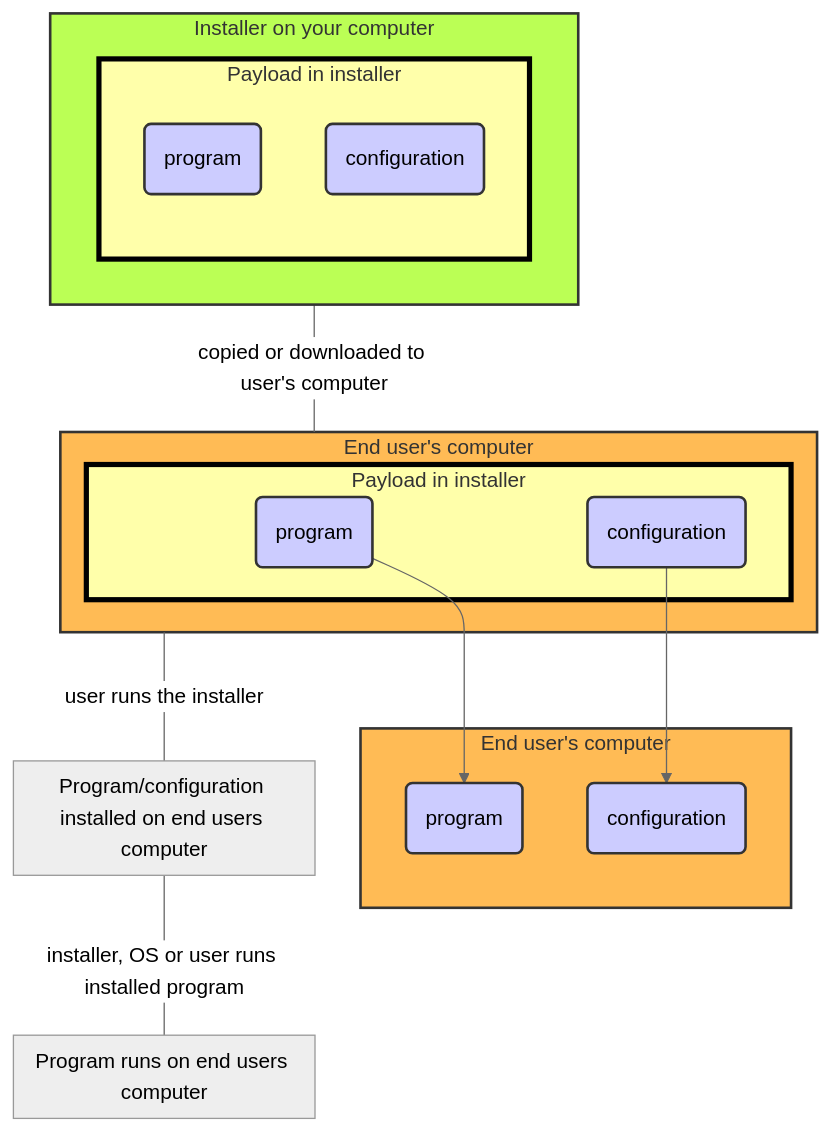
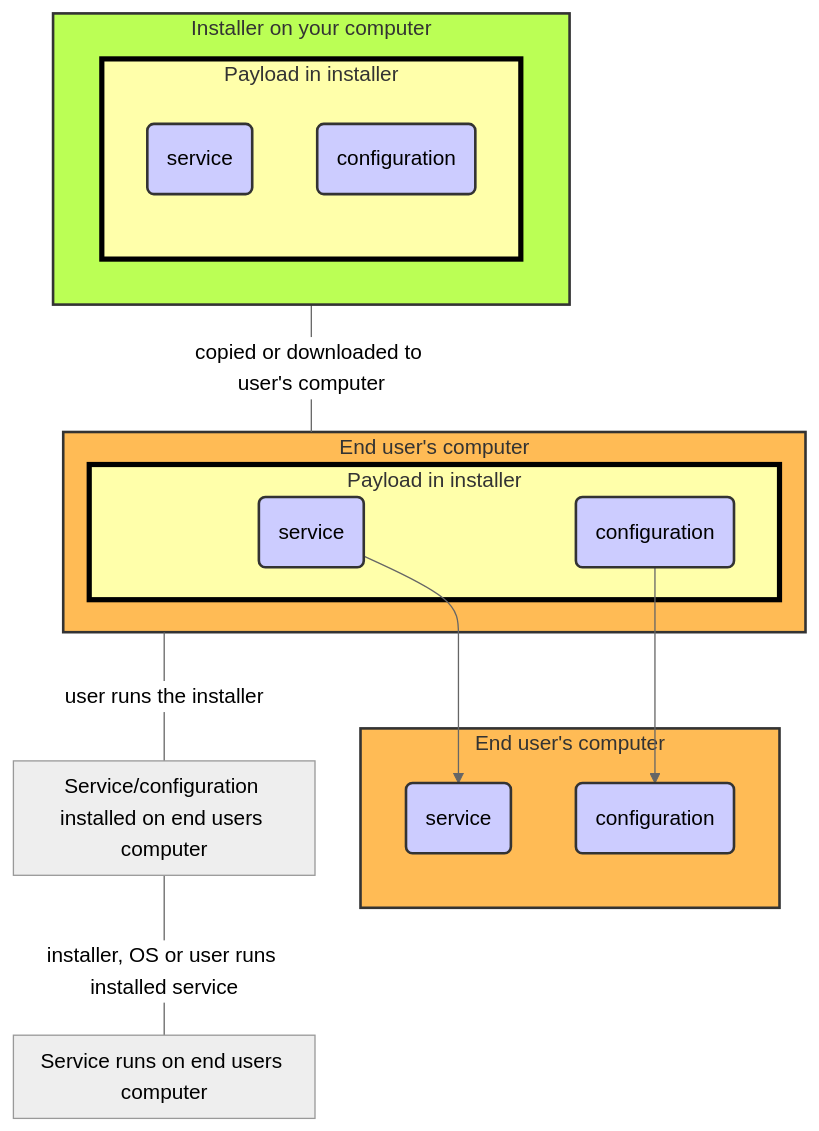
One commit to Pauloraff/macInstaller changed the diagram in README.md. Above: the diagram before and after it, drawn with Mermaid (neutral theme). The commit also changed other lines of this file, not shown here.

````diff
--- a/README.md
+++ b/README.md
@@ -20,40 +25,40 @@
 ```mermaid
 flowchart TB
     classDef Computer fill:#f96
     subgraph UsersComputer [End user's computer]
        style UsersComputer fill:#fb5,stroke:#333,stroke-width:2px
-       InstalledExecutables("program")
+       InstalledExecutables("service")
        style InstalledExecutables fill:#ccf,stroke:#333,stroke-width:2px
        InstalledConfiguration("configuration")
        style InstalledConfiguration fill:#ccf,stroke:#333,stroke-width:2px
     end
-    subgraph SoftwareRuns [Program runs on end users computer]
+    subgraph SoftwareRuns [Service runs on end users computer]
     end
-    subgraph InstallerPostRun [Program/configuration installed on end users computer]
+    subgraph InstallerPostRun [Service/configuration installed on end users computer]
     end
     subgraph InstallerRunTime [End user's computer]
        style InstallerRunTime fill:#fb5,stroke:#333,stroke-width:2px
        subgraph RuntimePayload [Payload in installer]
          style RuntimePayload fill:#ffa,stroke:#000,stroke-width:4px
-         RuntimeExecutables("program")
+         RuntimeExecutables("service")
          style RuntimeExecutables fill:#ccf,stroke:#333,stroke-width:2px
          RuntimeConfiguration("configuration")
          style RuntimeConfiguration fill:#ccf,stroke:#333,stroke-width:2px
        end
     end
     subgraph InstallerBuildTime [Installer on your computer]
        style InstallerBuildTime fill:#bf5,stroke:#333,stroke-width:2px
        subgraph BuiltPayload [Payload in installer]
          style BuiltPayload fill:#ffa,stroke:#000,stroke-width:4px
-         BuiltExecutables("program")
+         BuiltExecutables("service")
          style BuiltExecutables fill:#ccf,stroke:#333,stroke-width:2px
          BuiltConfiguration("configuration")
          style BuiltConfiguration fill:#ccf,stroke:#333,stroke-width:2px
        end
     end
     RuntimeExecutables-->InstalledExecutables
     RuntimeConfiguration-->InstalledConfiguration
     InstallerBuildTime-- copied or downloaded to user's computer ---InstallerRunTime
     InstallerRunTime-- user runs the installer ---InstallerPostRun
-    InstallerPostRun-- installer, OS or user runs installed program ---SoftwareRuns
+    InstallerPostRun-- installer, OS or user runs installed service ---SoftwareRuns
 ```
````
